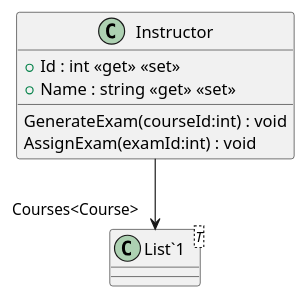
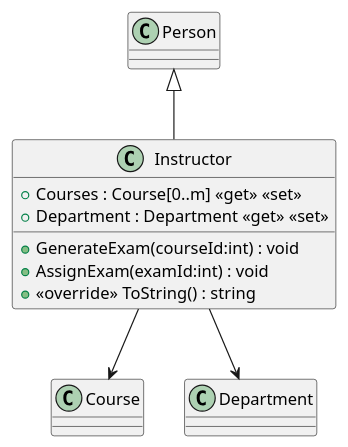
Before and after one commit to dinaelmasry666/ITI-Examination-System: the diagram in Examination System UML/plantuml/Examination System UML/Instructor.puml, drawn with PlantUML. The commit also changed 18 other files, not shown here.

Commit message:
fixed some issues and implemented PlantUML class diagram

```diff
--- a/Examination System UML/plantuml/Examination System UML/Instructor.puml
+++ b/Examination System UML/plantuml/Examination System UML/Instructor.puml
@@ -1,11 +1,13 @@
 @startuml
 class Instructor {
-    + Id : int <<get>> <<set>>
-    + Name : string <<get>> <<set>>
-    GenerateExam(courseId:int) : void
-    AssignExam(examId:int) : void
+    + Courses : Course[0..m] <<get>> <<set>>
+    + Department : Department <<get>> <<set>>
+    + GenerateExam(courseId:int) : void
+    + AssignExam(examId:int) : void
+    + <<override>> ToString() : string
 }
-class "List`1"<T> {
-}
-Instructor --> "Courses<Course>" "List`1"
+
+Person <|-- Instructor
+Instructor --> Course
+Instructor --> Department
 @enduml
```
